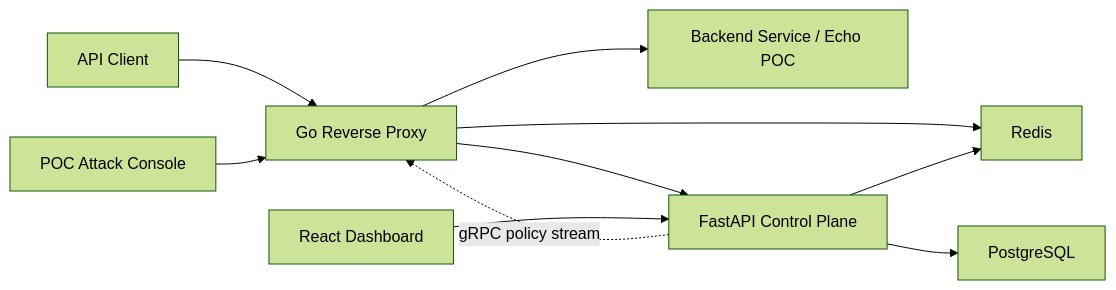
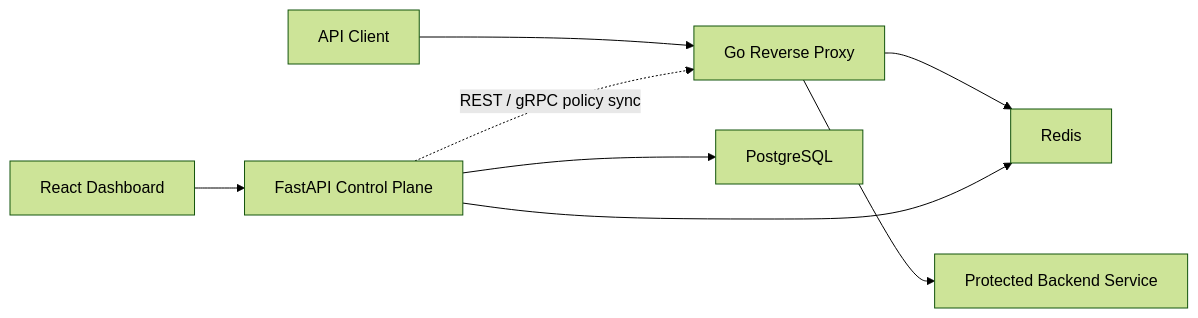
Before and after one commit to htunkhainglynn/ageis: the diagram in README.md, drawn with Mermaid (forest theme). The commit also changed other lines of this file, not shown here.

Commit message:
Simplify README to core architecture and run guide; docs checks passing

````diff
--- a/README.md
+++ b/README.md
@@ -21,12 +8,10 @@
 ```mermaid
 flowchart LR
     Client["API Client"] --> Proxy["Go Reverse Proxy"]
-    Proxy --> Echo["Backend Service / Echo POC"]
+    Proxy --> Service["Protected Backend Service"]
     Proxy --> Redis["Redis"]
-    Proxy --> CP["FastAPI Control Plane"]
-    CP --> Postgres["PostgreSQL"]
-    CP --> Redis
-    CP -. "gRPC policy stream" .-> Proxy
-    Dashboard["React Dashboard"] --> CP
-    Console["POC Attack Console"] --> Proxy
+    Control["FastAPI Control Plane"] --> PostgreSQL["PostgreSQL"]
+    Control --> Redis
+    Control -. "REST / gRPC policy sync" .-> Proxy
+    Dashboard["React Dashboard"] --> Control
 ```
````
